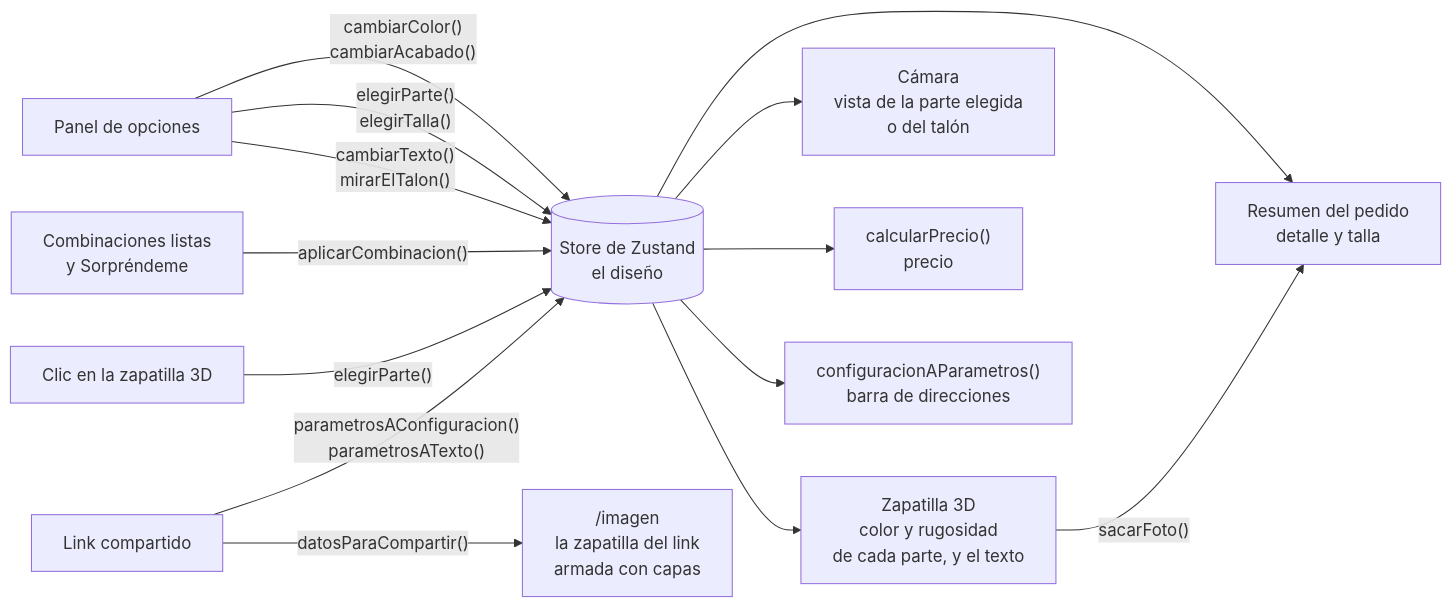
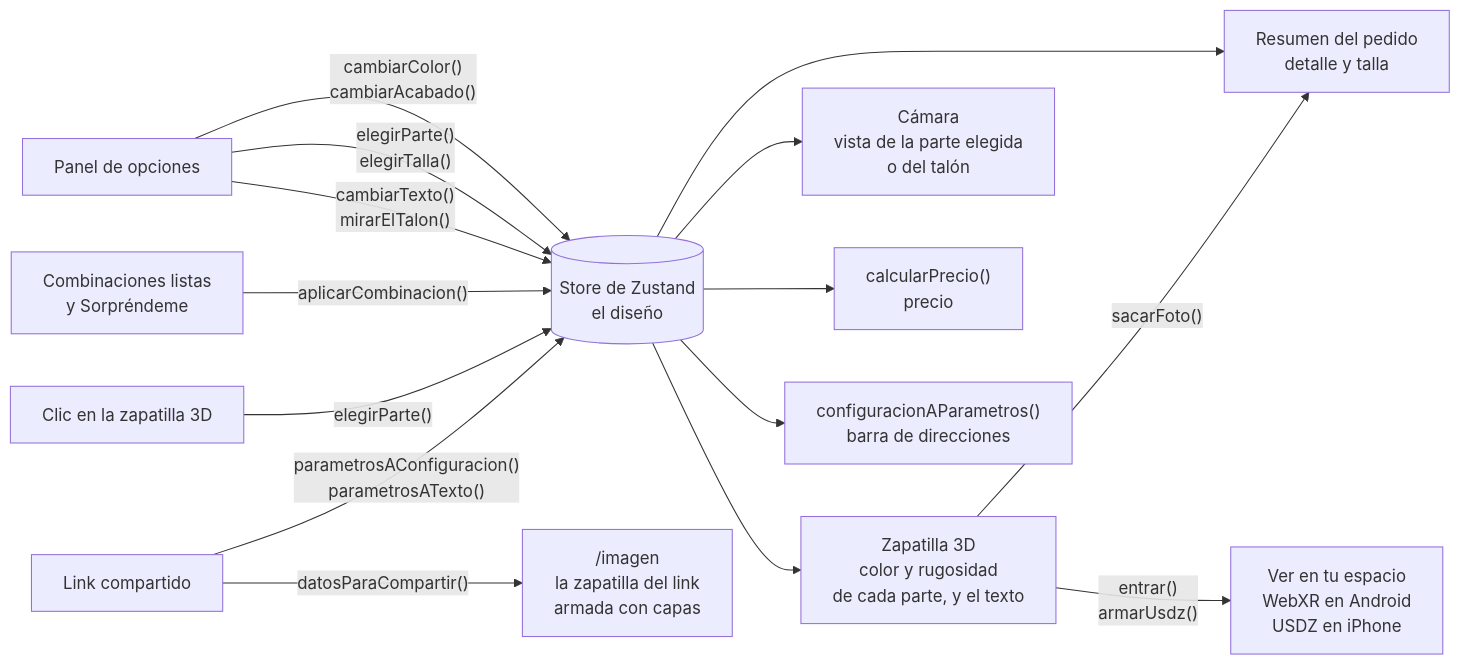
One commit to Vitomans/configurador-3d changed the diagram in README.md. Above: the diagram before and after it, drawn with Mermaid. The commit also changed other lines of this file and 1 other file, not shown here.

````diff
--- a/README.md
+++ b/README.md
@@ -51,16 +53,17 @@
 ```mermaid
 flowchart LR
     panel["Panel de opciones"] -->|"cambiarColor()<br/>cambiarAcabado()"| store[("Store de Zustand<br/>el diseño")]
     panel -->|"elegirParte()<br/>elegirTalla()"| store
     panel -->|"cambiarTexto()<br/>mirarElTalon()"| store
     combinaciones["Combinaciones listas<br/>y Sorpréndeme"] -->|"aplicarCombinacion()"| store
     zapatilla["Clic en la zapatilla 3D"] -->|"elegirParte()"| store
     store --> producto["Zapatilla 3D<br/>color y rugosidad<br/>de cada parte, y el texto"]
     store --> camara["Cámara<br/>vista de la parte elegida<br/>o del talón"]
     store --> precio["calcularPrecio()<br/>precio"]
     store --> url["configuracionAParametros()<br/>barra de direcciones"]
     link["Link compartido"] -->|"parametrosAConfiguracion()<br/>parametrosATexto()"| store
     store --> pedido["Resumen del pedido<br/>detalle y talla"]
     producto -->|"sacarFoto()"| pedido
     link -->|"datosParaCompartir()"| imagen["/imagen<br/>la zapatilla del link<br/>armada con capas"]
+    producto -->|"entrar()<br/>armarUsdz()"| espacio["Ver en tu espacio<br/>WebXR en Android<br/>USDZ en iPhone"]
 ```
````
